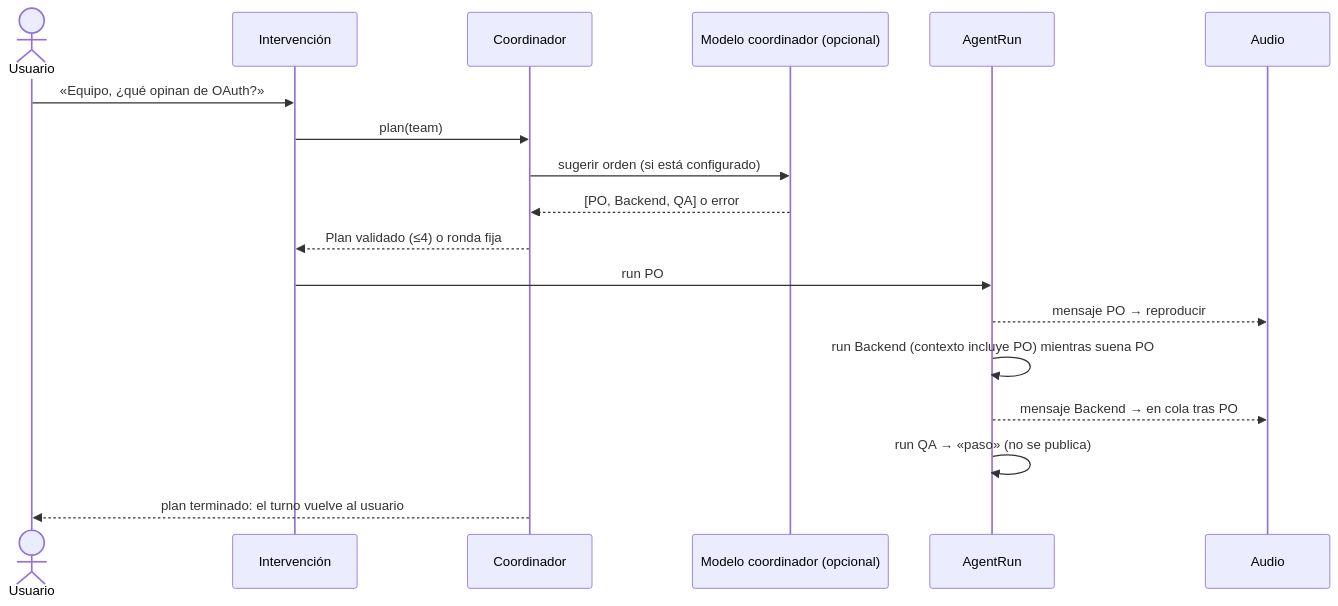
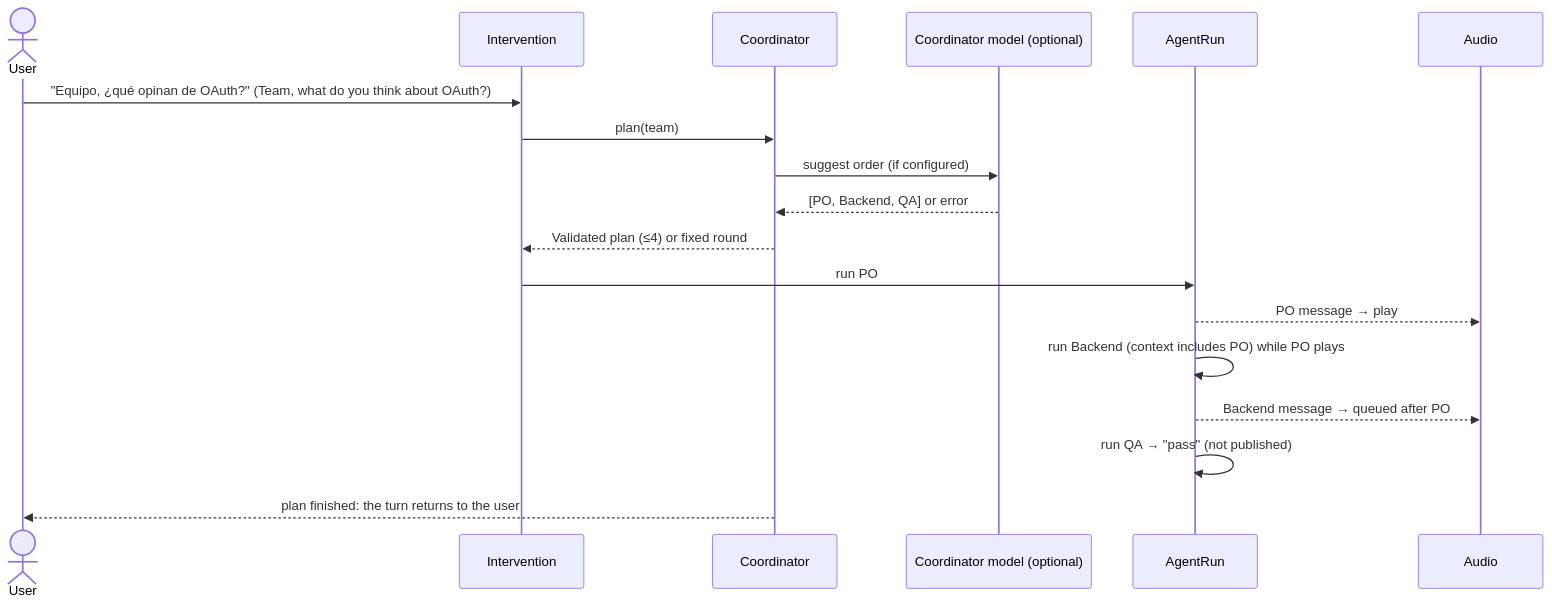
The fifth of 8 diagrams in docs/architecture/conversation-engine.md (Dach3r/meelting), drawn with Mermaid before and after one commit. The commit also changed other lines of this file, not shown here.

````diff
--- a/docs/architecture/conversation-engine.md
+++ b/docs/architecture/conversation-engine.md
@@ -304,20 +304,20 @@
 ```mermaid
 sequenceDiagram
-    actor U as Usuario
-    participant C as Intervención
-    participant K as Coordinador
-    participant M as Modelo coordinador (opcional)
+    actor U as User
+    participant C as Intervention
+    participant K as Coordinator
+    participant M as Coordinator model (optional)
     participant R as AgentRun
     participant A as Audio
-    U->>C: «Equipo, ¿qué opinan de OAuth?»
+    U->>C: "Equipo, ¿qué opinan de OAuth?" (Team, what do you think about OAuth?)
     C->>K: plan(team)
-    K->>M: sugerir orden (si está configurado)
-    M-->>K: [PO, Backend, QA] o error
-    K-->>C: Plan validado (≤4) o ronda fija
+    K->>M: suggest order (if configured)
+    M-->>K: [PO, Backend, QA] or error
+    K-->>C: Validated plan (≤4) or fixed round
     C->>R: run PO
-    R-->>A: mensaje PO → reproducir
-    R->>R: run Backend (contexto incluye PO) mientras suena PO
-    R-->>A: mensaje Backend → en cola tras PO
-    R->>R: run QA → «paso» (no se publica)
-    K-->>U: plan terminado: el turno vuelve al usuario
+    R-->>A: PO message → play
+    R->>R: run Backend (context includes PO) while PO plays
+    R-->>A: Backend message → queued after PO
+    R->>R: run QA → "pass" (not published)
+    K-->>U: plan finished: the turn returns to the user
 ```
````
